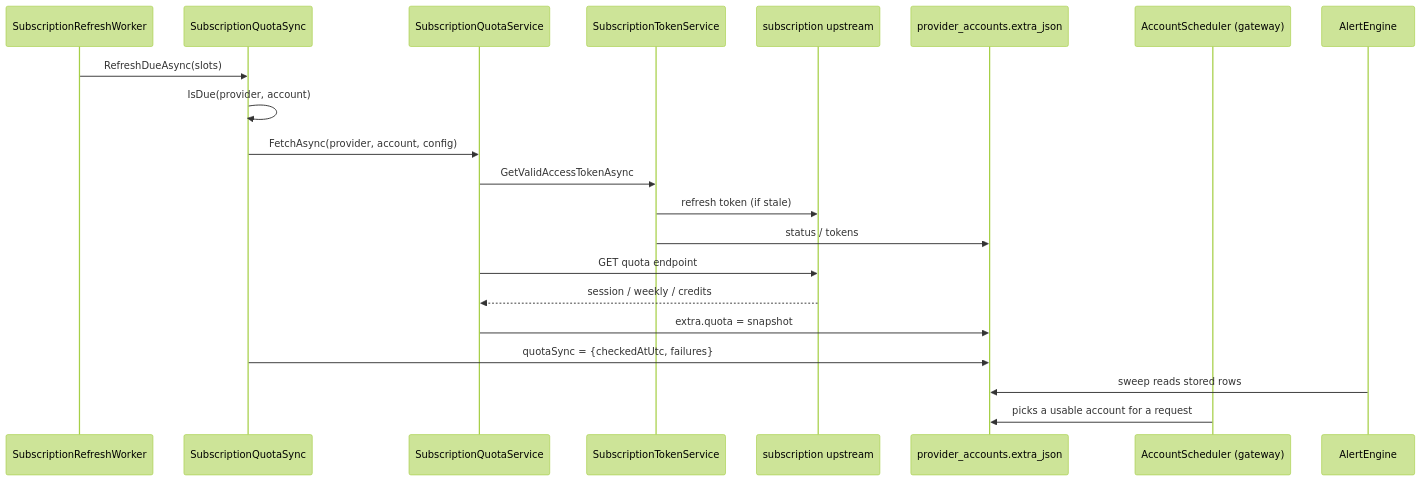
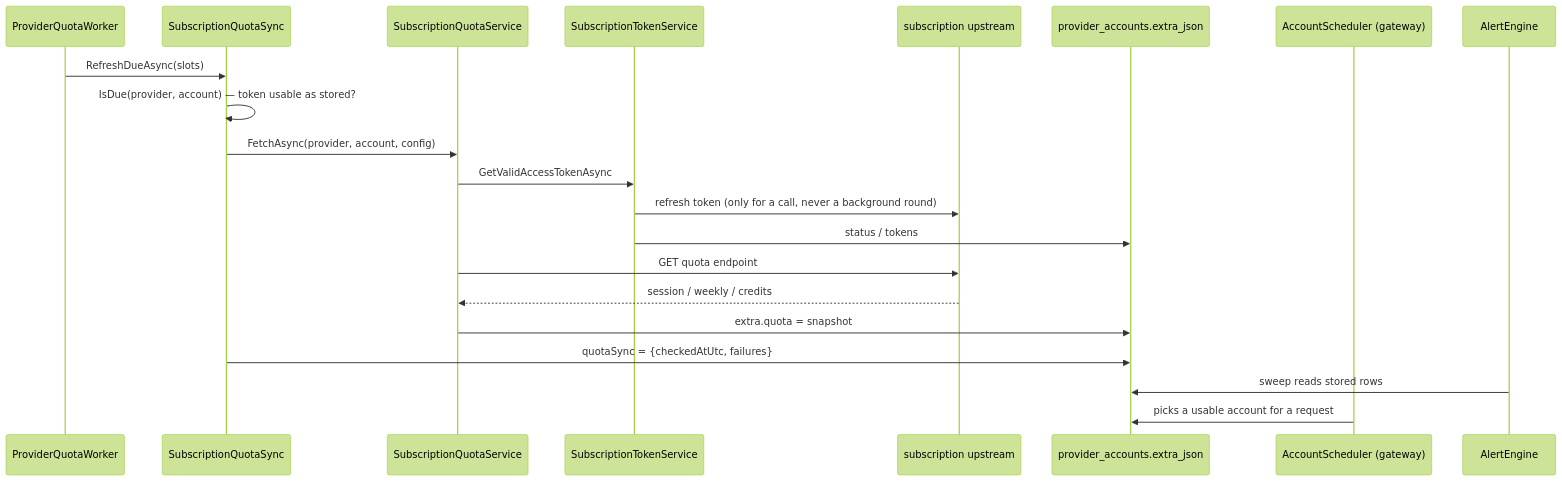
The diagram in .agents/codemap/flows/subscription-account-refresh.md (239573049/Astra-Gate), drawn with Mermaid (forest theme) before and after one commit. The commit also changed other lines of this file and 20 other files, not shown here.

````diff
--- a/.agents/codemap/flows/subscription-account-refresh.md
+++ b/.agents/codemap/flows/subscription-account-refresh.md
@@ -73,23 +77,23 @@
 ```mermaid
 sequenceDiagram
-  participant W as SubscriptionRefreshWorker
+  participant W as ProviderQuotaWorker
   participant S as SubscriptionQuotaSync
   participant Q as SubscriptionQuotaService
   participant T as SubscriptionTokenService
   participant U as subscription upstream
   participant DB as provider_accounts.extra_json
   participant G as AccountScheduler (gateway)
   participant A as AlertEngine
   W->>S: RefreshDueAsync(slots)
-  S->>S: IsDue(provider, account)
+  S->>S: IsDue(provider, account) — token usable as stored?
   S->>Q: FetchAsync(provider, account, config)
   Q->>T: GetValidAccessTokenAsync
-  T->>U: refresh token (if stale)
+  T->>U: refresh token (only for a call, never a background round)
   T->>DB: status / tokens
   Q->>U: GET quota endpoint
   U-->>Q: session / weekly / credits
   Q->>DB: extra.quota = snapshot
   S->>DB: quotaSync = {checkedAtUtc, failures}
   A->>DB: sweep reads stored rows
   G->>DB: picks a usable account for a request
 ```
````
